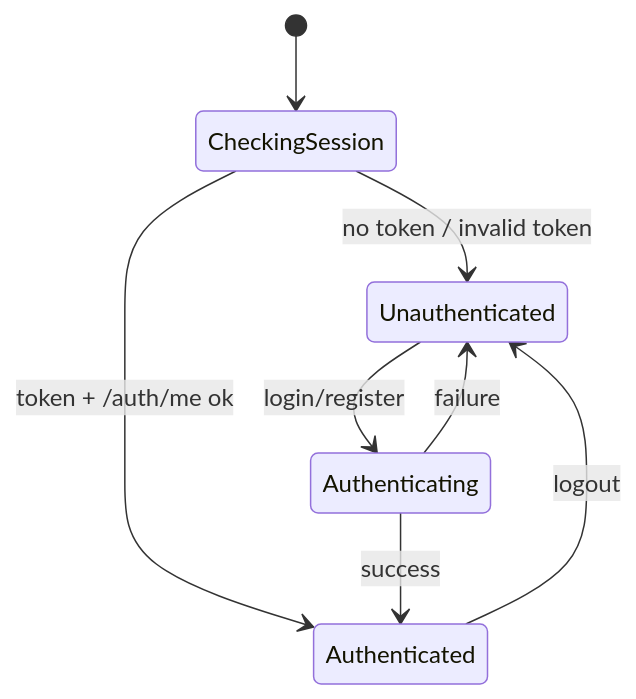
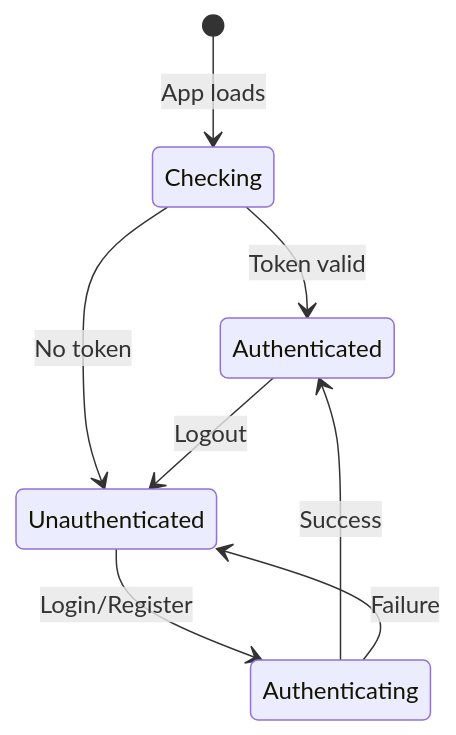
One commit to matteospanio/sf-demo-menu-intf changed the sixth of 6 diagrams in README.md. Above: the diagram before and after it, drawn with Mermaid. The commit also changed other lines of this file and 1 other file, not shown here.

````diff
--- a/README.md
+++ b/README.md
@@ -467,10 +399,13 @@
 ```mermaid
 stateDiagram-v2
-  [*] --> CheckingSession
-  CheckingSession --> Unauthenticated: no token / invalid token
-  CheckingSession --> Authenticated: token + /auth/me ok
-  Unauthenticated --> Authenticating: login/register
-  Authenticating --> Authenticated: success
-  Authenticating --> Unauthenticated: failure
-  Authenticated --> Unauthenticated: logout
+  [*] --> Checking: App loads
+
+  Checking --> Authenticated: Token valid
+  Checking --> Unauthenticated: No token
+
+  Unauthenticated --> Authenticating: Login/Register
+  Authenticating --> Authenticated: Success
+  Authenticating --> Unauthenticated: Failure
+
+  Authenticated --> Unauthenticated: Logout
 ```
````
